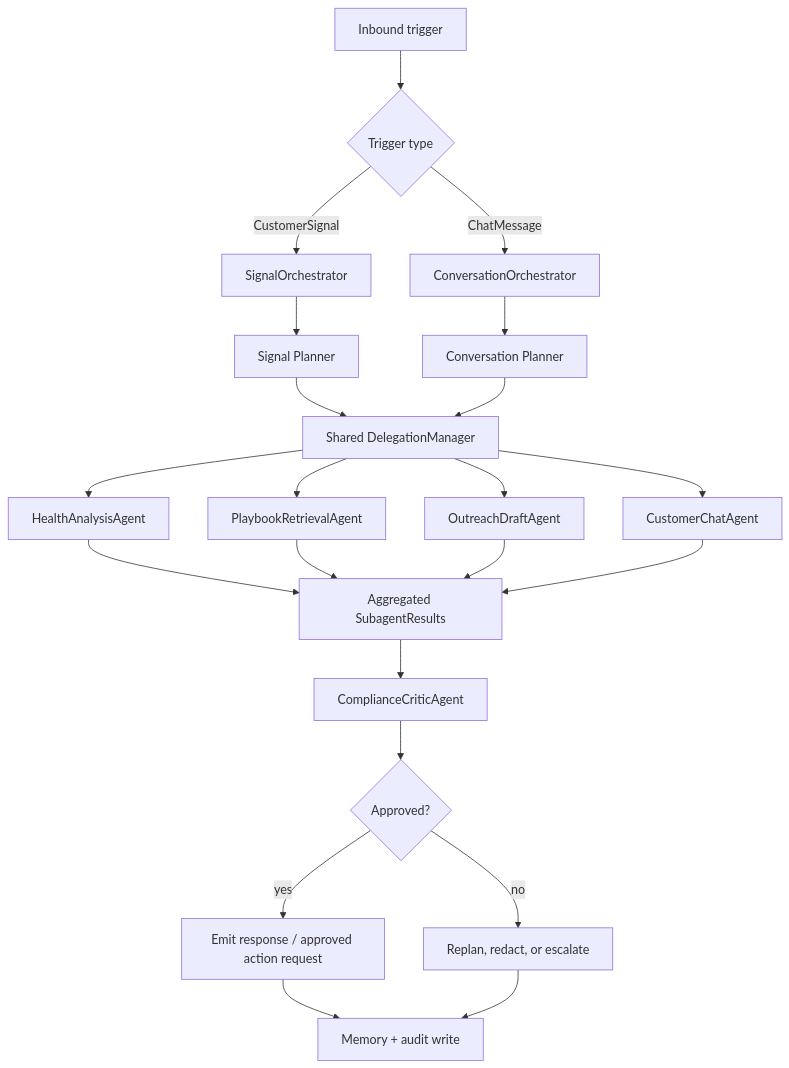
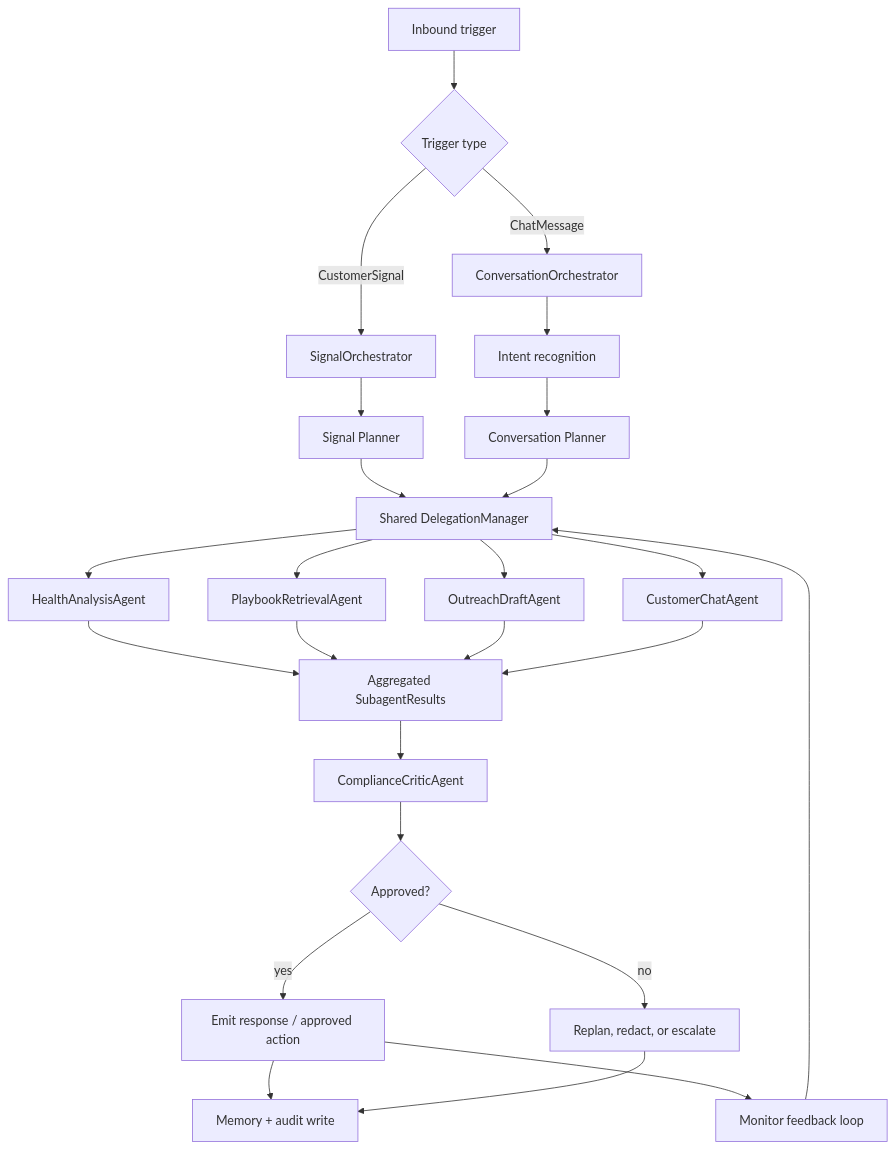
One commit to SunnyKikiHK/CustomerAgent changed the diagram in docs/AGENT_PLAN.md. Above: the diagram before and after it, drawn with Mermaid. The commit also changed other lines of this file and 43 other files, not shown here.

````diff
--- a/docs/AGENT_PLAN.md
+++ b/docs/AGENT_PLAN.md
@@ -120,29 +144,32 @@
 ```mermaid
 flowchart TD
     A[Inbound trigger] --> B{Trigger type}
     B -->|CustomerSignal| S[SignalOrchestrator]
     B -->|ChatMessage| C[ConversationOrchestrator]
 
+    C --> I[Intent recognition]
+    I --> CP[Conversation Planner]
     S --> SP[Signal Planner]
-    C --> CP[Conversation Planner]
 
     SP --> D[Shared DelegationManager]
     CP --> D
 
     D --> H[HealthAnalysisAgent]
     D --> P[PlaybookRetrievalAgent]
     D --> O[OutreachDraftAgent]
     D --> CH[CustomerChatAgent]
 
     H --> R[Aggregated SubagentResults]
     P --> R
     O --> R
     CH --> R
 
     R --> X[ComplianceCriticAgent]
     X --> Y{Approved?}
-    Y -->|yes| Z[Emit response / approved action request]
+    Y -->|yes| Z[Emit response / approved action]
     Y -->|no| W[Replan, redact, or escalate]
     Z --> M[Memory + audit write]
     W --> M
+    Z --> MON[Monitor feedback loop]
+    MON --> D
 ```
````
